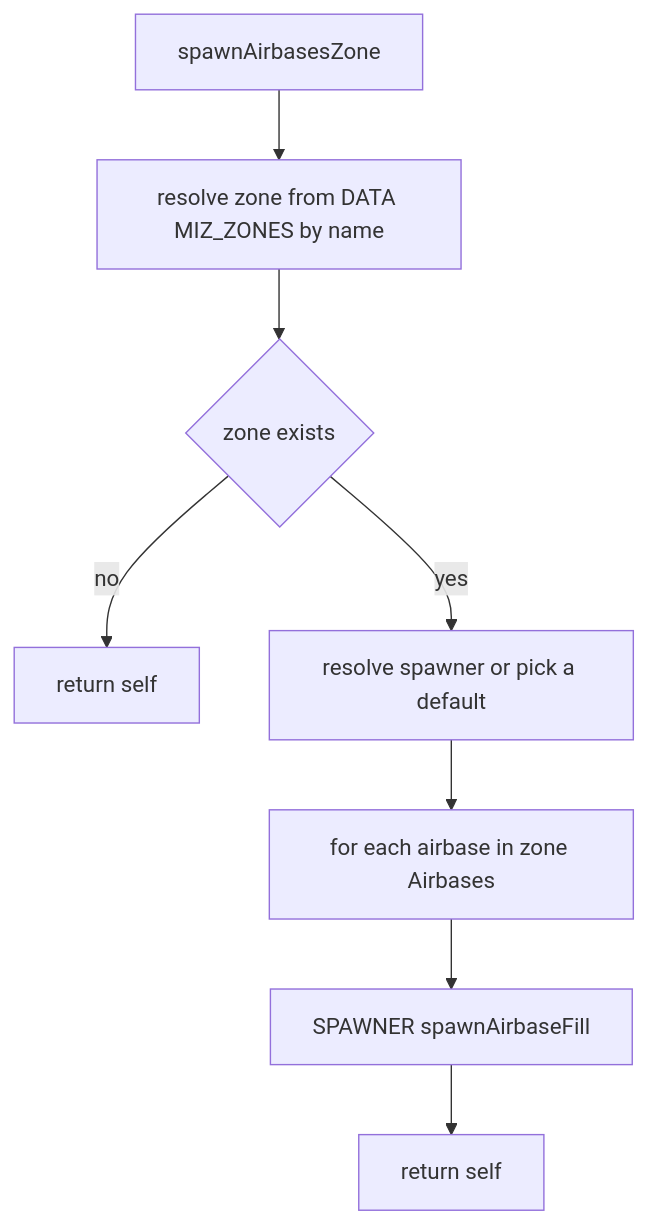
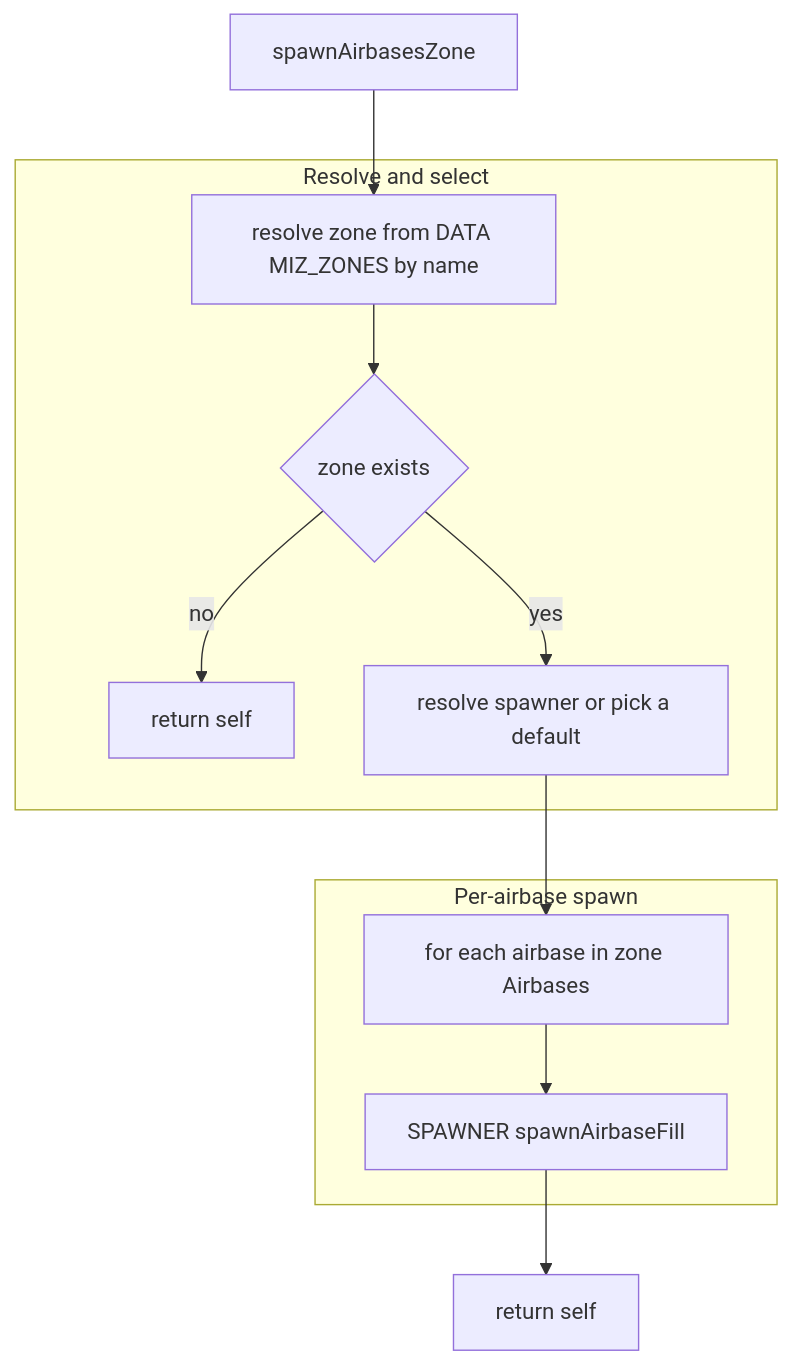
Before and after one commit to Gh0st352/AETHR: the first of 3 diagrams in docs/zone_manager/airbases.md, drawn with Mermaid. The commit also changed other lines of this file and 6 other files, not shown here.

Commit message:
docs(zone_manager, mermaid): normalize headings, restructure Mermaid diagrams, and add shared theme & class annotations

````diff
--- a/docs/zone_manager/airbases.md
+++ b/docs/zone_manager/airbases.md
@@ -23,10 +23,20 @@
 ```mermaid
+%% shared theme: docs/_mermaid/theme.json %%
 flowchart TD
   SZ1[spawnAirbasesZone] --> SZ2[resolve zone from DATA MIZ_ZONES by name]
-  SZ2 --> SZ3{zone exists}
-  SZ3 -->|no| SZ4[return self]
-  SZ3 -->|yes| SZ5[resolve spawner or pick a default]
-  SZ5 --> SZ6[for each airbase in zone Airbases]
-  SZ6 --> SZ7[SPAWNER spawnAirbaseFill]
+  subgraph "Resolve and select"
+    SZ2 --> SZ3{zone exists}
+    SZ3 -->|no| SZ4[return self]
+    SZ3 -->|yes| SZ5[resolve spawner or pick a default]
+  end
+  subgraph "Per-airbase spawn"
+    SZ5 --> SZ6[for each airbase in zone Airbases]
+    SZ6 --> SZ7[SPAWNER spawnAirbaseFill]
+  end
   SZ7 --> SZ8[return self]
+  class SZ2,SZ5 class_compute;
+  class SZ3 class_decision;
+  class SZ4,SZ8 class_result;
+  class SZ7 class_io;
+  class SZ1,SZ6 class_step;
 ```
````
